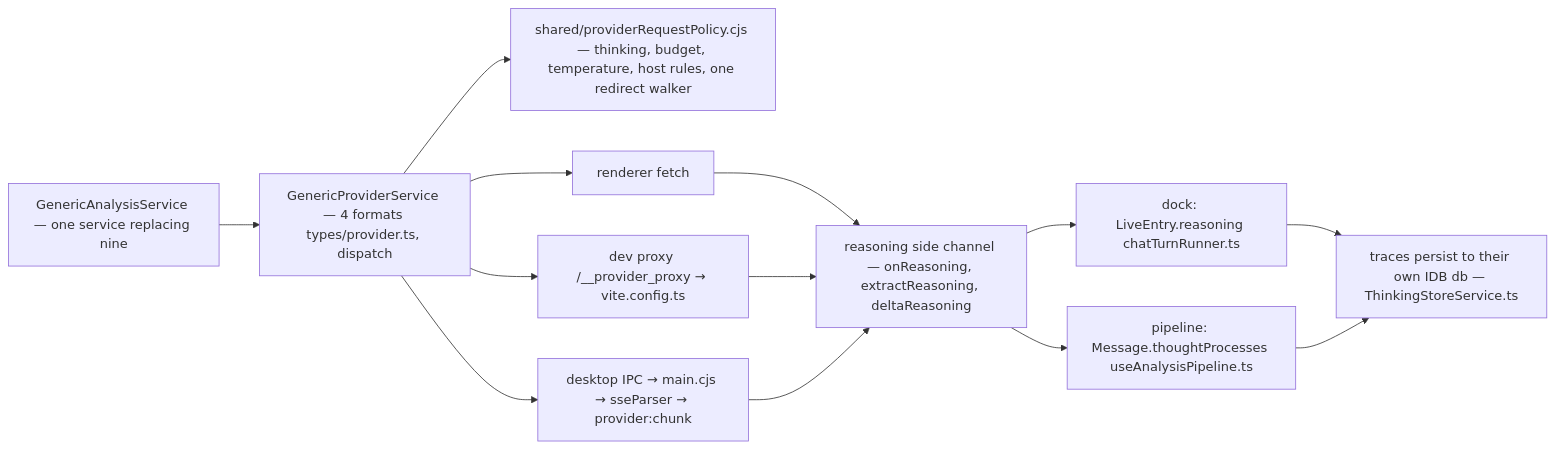
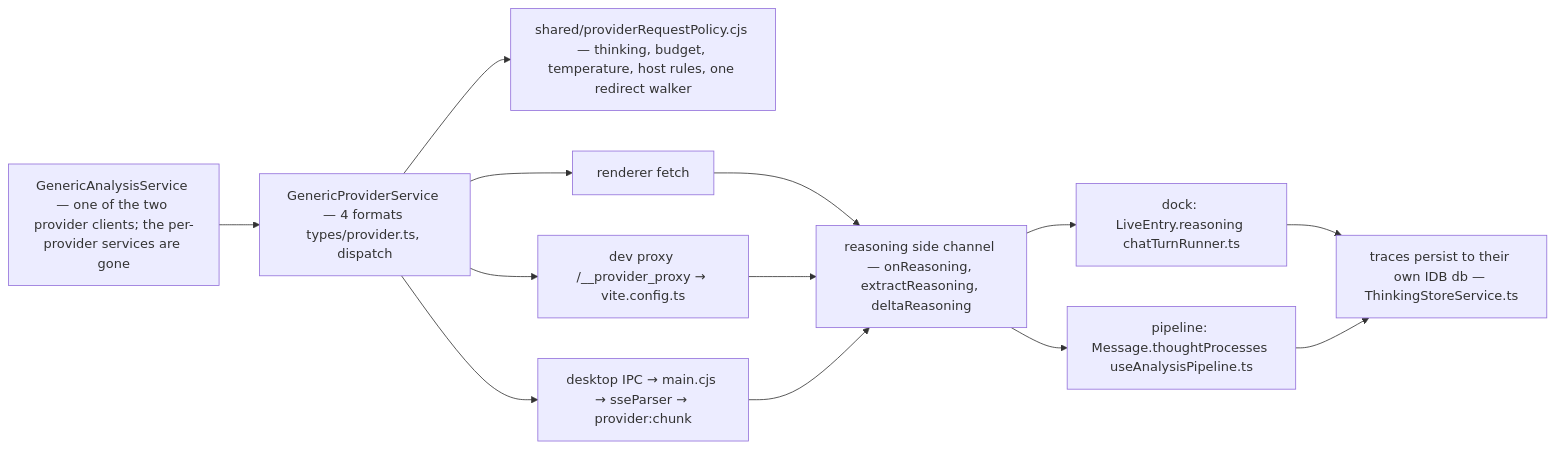
Before and after one commit to Acepay25/august-3.5: the sixth of 7 diagrams in docs/app-flow.md, drawn with Mermaid. The commit also changed 1 other file, not shown here.

Commit message:
docs(app-flow): make the provider-client claim falsifiable
"one service replacing nine" could not be checked against anything. The measured
statement is that GenericProviderService and GenericAnalysisService are the only two
provider clients in services/providers/ — a count a reader can reproduce.

````diff
--- a/docs/app-flow.md
+++ b/docs/app-flow.md
@@ -281,15 +281,15 @@
 ```mermaid
 flowchart LR
-    GA["GenericAnalysisService — one service replacing nine"] --> GP["GenericProviderService — 4 formats types/provider.ts, dispatch"]
+    GA["GenericAnalysisService — one of the two provider clients; the per-provider services are gone"] --> GP["GenericProviderService — 4 formats types/provider.ts, dispatch"]
     GP --> PO["shared/providerRequestPolicy.cjs — thinking, budget, temperature, host rules, one redirect walker"]
     GP --> W1["renderer fetch"]
     GP --> W2["dev proxy /__provider_proxy → vite.config.ts"]
     GP --> W3["desktop IPC → main.cjs → sseParser → provider:chunk"]
     W1 --> RS["reasoning side channel — onReasoning, extractReasoning, deltaReasoning"]
     W2 --> RS
     W3 --> RS
     RS --> D1["dock: LiveEntry.reasoning chatTurnRunner.ts"]
     RS --> D2["pipeline: Message.thoughtProcesses useAnalysisPipeline.ts"]
     D1 --> TS["traces persist to their own IDB db — ThinkingStoreService.ts"]
     D2 --> TS
 ```
````
